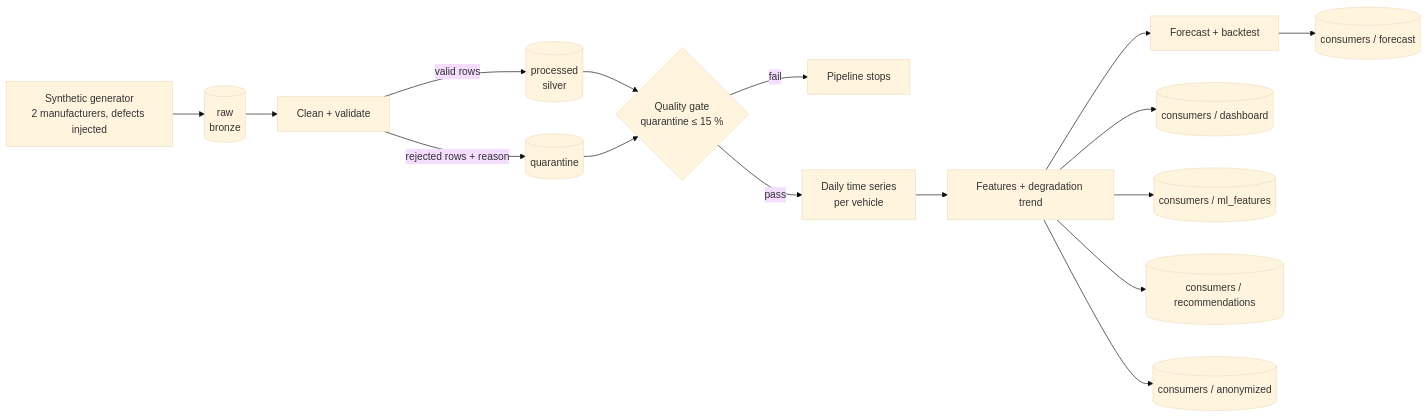
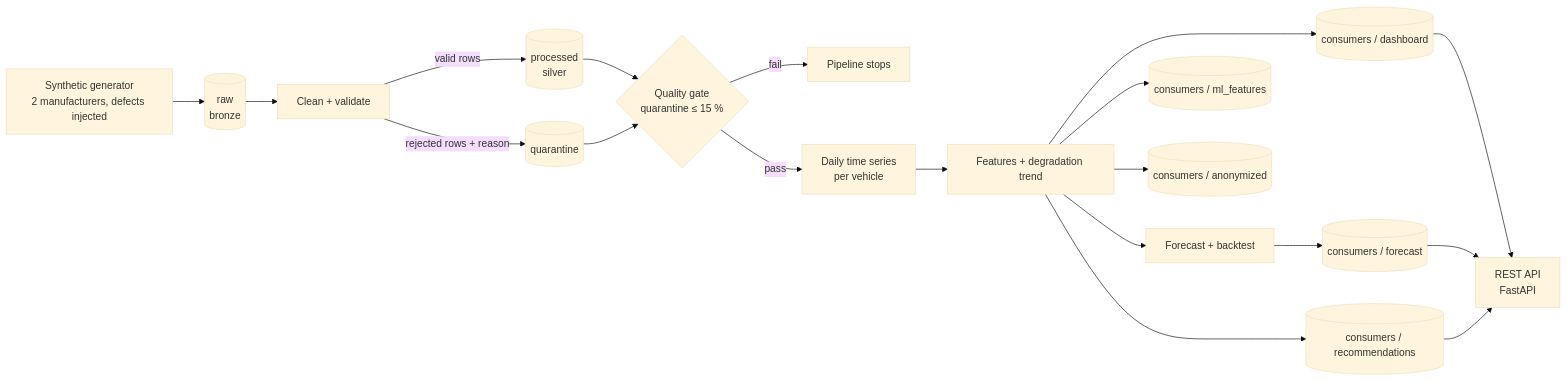
Before and after one commit to RenaAbbasova/battery-data-cleaning: the diagram in README.md, drawn with Mermaid (base theme). The commit also changed other lines of this file and 7 other files, not shown here.

Commit message:
Add a read-only FastAPI service over the pipeline output

````diff
--- a/README.md
+++ b/README.md
@@ -22,18 +22,21 @@
 ```mermaid
 flowchart LR
   G["Synthetic generator<br/>2 manufacturers, defects injected"] --> R[("raw<br/>bronze")]
   R --> C["Clean + validate"]
   C -->|valid rows| S[("processed<br/>silver")]
   C -->|rejected rows + reason| Q[("quarantine")]
   S --> QG{"Quality gate<br/>quarantine ≤ 15 %"}
   Q --> QG
   QG -->|fail| X["Pipeline stops"]
   QG -->|pass| T["Daily time series<br/>per vehicle"]
   T --> F["Features + degradation trend"]
   F --> FC["Forecast + backtest"]
   F --> D[("consumers / dashboard")]
   F --> ML[("consumers / ml_features")]
   F --> RE[("consumers / recommendations")]
   F --> AN[("consumers / anonymized")]
   FC --> FO[("consumers / forecast")]
+  D --> API["REST API<br/>FastAPI"]
+  FO --> API
+  RE --> API
 ```
````
